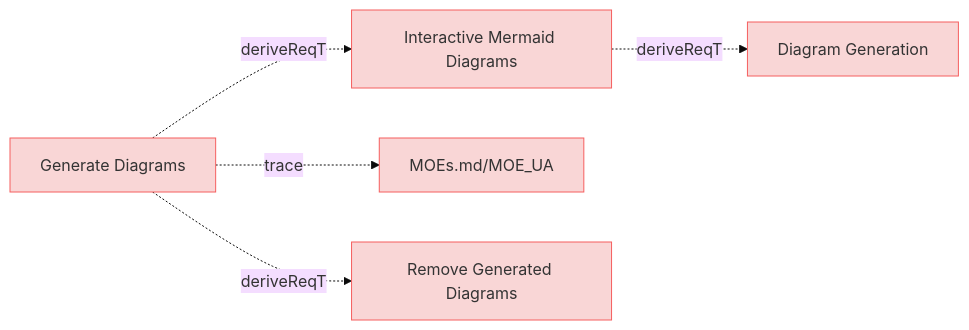
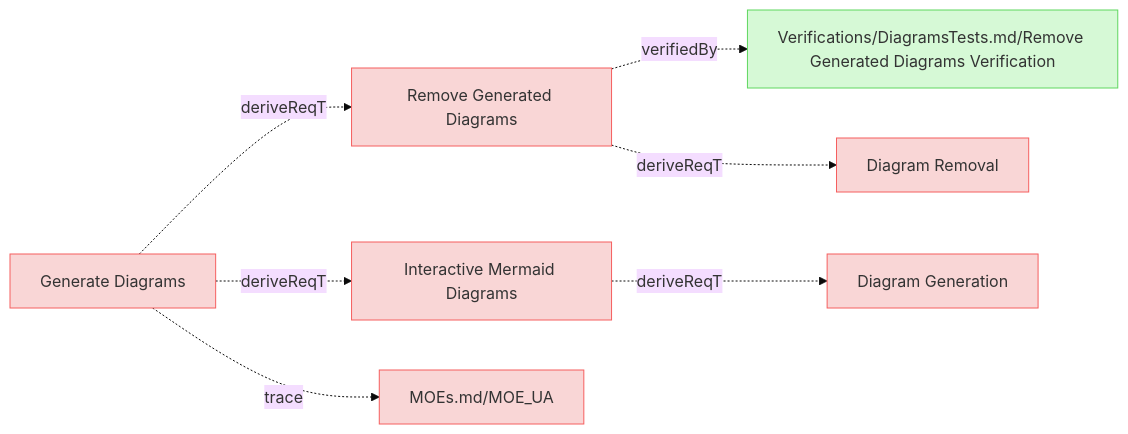
Before and after one commit to reqvire-org/reqvire: the first of 9 diagrams in specifications/UserRequirements.md, drawn with Mermaid (base theme). The commit also changed other lines of this file and 23 other files, not shown here.

````diff
--- a/specifications/UserRequirements.md
+++ b/specifications/UserRequirements.md
@@ -4,28 +4,36 @@
 ```mermaid
 graph LR;
   %% Graph styling
   classDef requirement fill:#f9d6d6,stroke:#f55f5f,stroke-width:1px;
   classDef verification fill:#d6f9d6,stroke:#5fd75f,stroke-width:1px;
   classDef externalLink fill:#d0e0ff,stroke:#3080ff,stroke-width:1px;
   classDef default fill:#f5f5f5,stroke:#333333,stroke-width:1px;
 
+  8b2dd3bb2c44db94["Remove Generated Diagrams"];
+  class 8b2dd3bb2c44db94 requirement;
+  click 8b2dd3bb2c44db94 "UserRequirements.md#remove-generated-diagrams";
+  6a6973ecb2f20ee3["Verifications/DiagramsTests.md/Remove Generated Diagrams Verification"];
+  class 6a6973ecb2f20ee3 verification;
+  click 6a6973ecb2f20ee3 "Verifications/DiagramsTests.md#remove-generated-diagrams-verification";
+  8b2dd3bb2c44db94 -.->|verifiedBy| 6a6973ecb2f20ee3;
+  4ec753faad5a75f7["Diagram Removal"];
+  class 4ec753faad5a75f7 requirement;
+  click 4ec753faad5a75f7 "SystemRequirements/Requirements.md#diagram-removal";
+  8b2dd3bb2c44db94 -.->|deriveReqT| 4ec753faad5a75f7;
   eedf6d6d3d2354d9["Interactive Mermaid Diagrams"];
   class eedf6d6d3d2354d9 requirement;
   click eedf6d6d3d2354d9 "UserRequirements.md#interactive-mermaid-diagrams";
   e9aee7d9477f4abe["Diagram Generation"];
   class e9aee7d9477f4abe requirement;
   click e9aee7d9477f4abe "SystemRequirements/Requirements.md#diagram-generation";
   eedf6d6d3d2354d9 -.->|deriveReqT| e9aee7d9477f4abe;
   37a5b8e199a838f["Generate Diagrams"];
   class 37a5b8e199a838f requirement;
   click 37a5b8e199a838f "UserStories.md#generate-diagrams";
   2c5f30f14e792200["MOEs.md/MOE_UA"];
   class 2c5f30f14e792200 requirement;
   click 2c5f30f14e792200 "MOEs.md#moe_ua";
   37a5b8e199a838f -.->|trace| 2c5f30f14e792200;
+  37a5b8e199a838f -.->|deriveReqT| 8b2dd3bb2c44db94;
   37a5b8e199a838f -.->|deriveReqT| eedf6d6d3d2354d9;
-  c8d5e4f8a9b3c2e1["Remove Generated Diagrams"];
-  class c8d5e4f8a9b3c2e1 requirement;
-  click c8d5e4f8a9b3c2e1 "UserRequirements.md#remove-generated-diagrams";
-  37a5b8e199a838f -.->|deriveReqT| c8d5e4f8a9b3c2e1;
 ```
````
